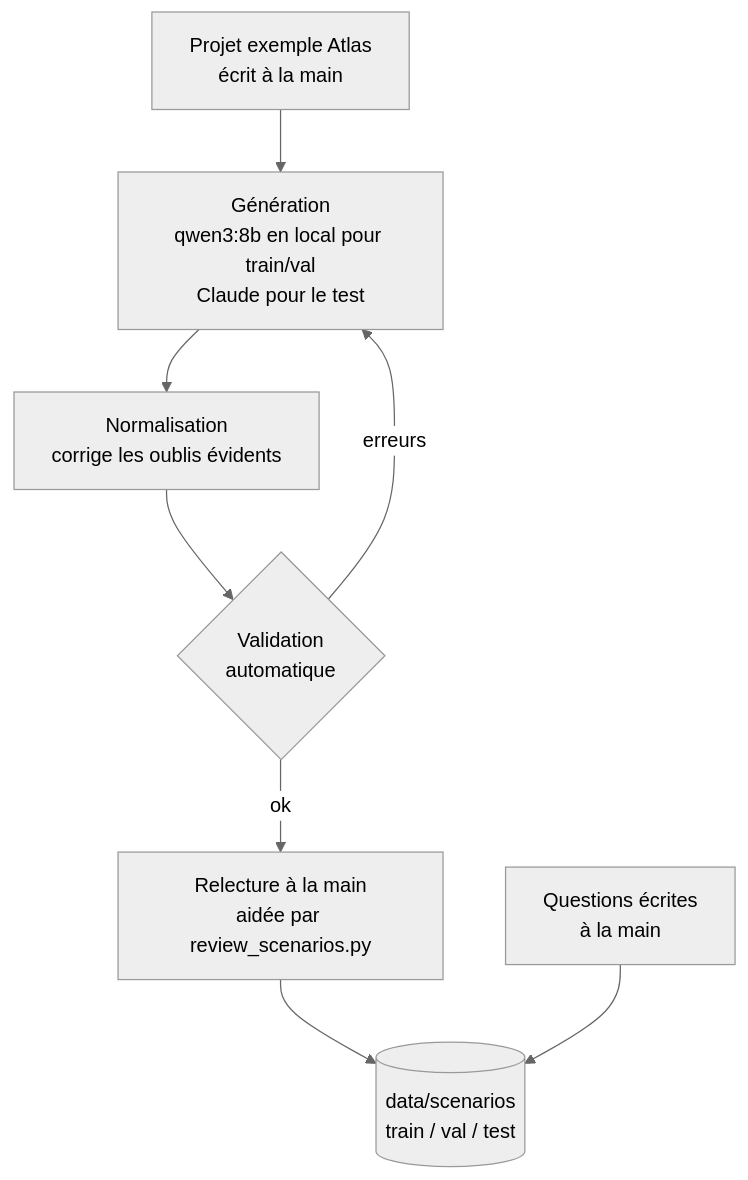
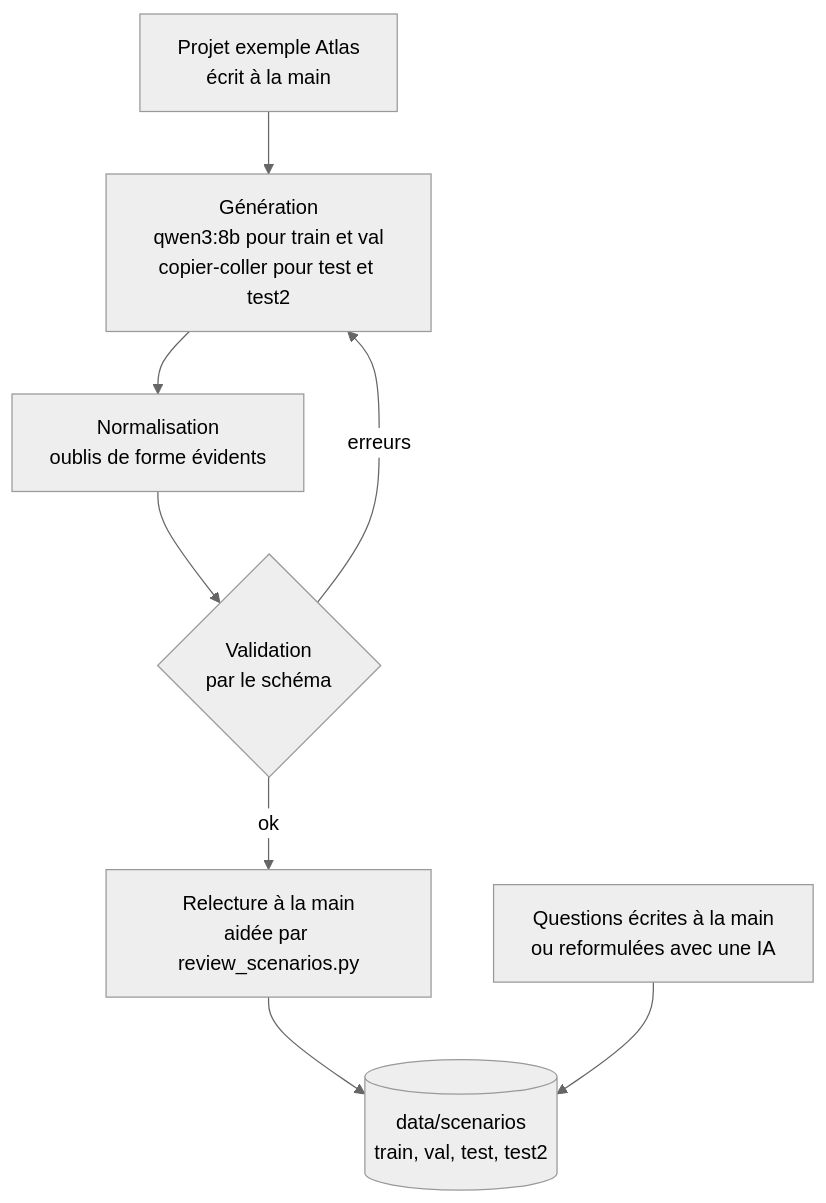
One commit to Gabricode5/EMBEDDING-LAB changed the third of 5 diagrams in docs/ARCHITECTURE.md. Above: the diagram before and after it, drawn with Mermaid (neutral theme). The commit also changed other lines of this file and 4 other files, not shown here.

````diff
--- a/docs/ARCHITECTURE.md
+++ b/docs/ARCHITECTURE.md
@@ -75,10 +94,10 @@
 ```mermaid
 flowchart TD
-    E[Projet exemple Atlas<br/>écrit à la main] --> G[Génération<br/>qwen3:8b en local pour train/val<br/>Claude pour le test]
-    G --> N[Normalisation<br/>corrige les oublis évidents]
-    N --> V{Validation<br/>automatique}
+    E["Projet exemple Atlas<br/>écrit à la main"] --> G["Génération<br/>qwen3:8b pour train et val<br/>copier-coller pour test et test2"]
+    G --> N["Normalisation<br/>oublis de forme évidents"]
+    N --> V{"Validation<br/>par le schéma"}
     V -- erreurs --> G
-    V -- ok --> L[Relecture à la main<br/>aidée par review_scenarios.py]
-    L --> D[(data/scenarios<br/>train / val / test)]
-    H[Questions écrites<br/>à la main] --> D
+    V -- ok --> L["Relecture à la main<br/>aidée par review_scenarios.py"]
+    L --> D[("data/scenarios<br/>train, val, test, test2")]
+    H["Questions écrites à la main<br/>ou reformulées avec une IA"] --> D
 ```
````
